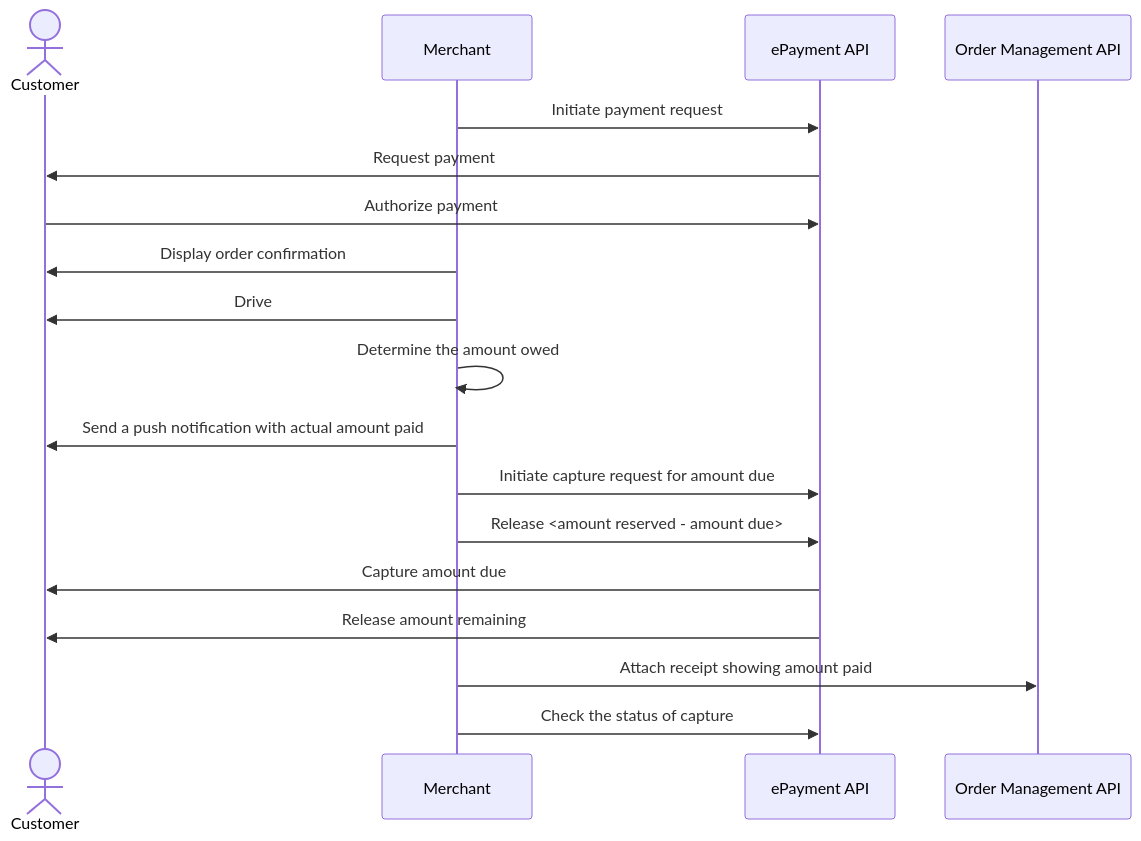
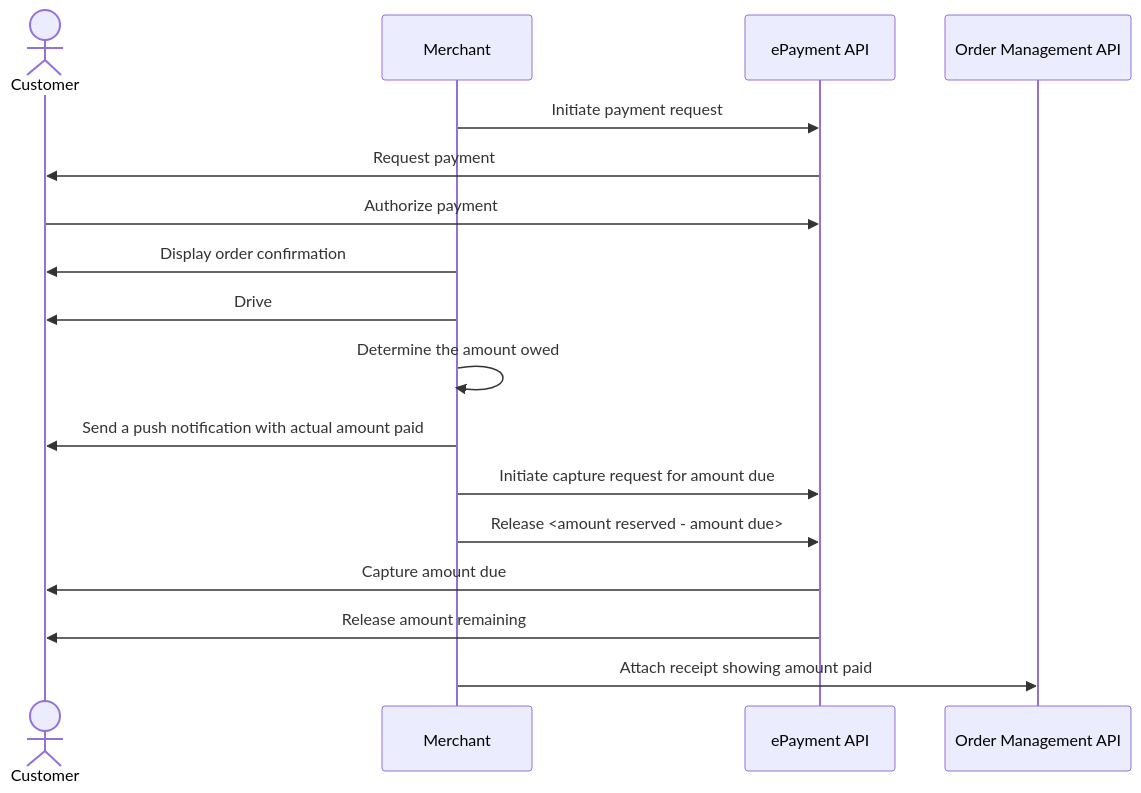
The diagram in taxi-companies/pay-through-taxi-app.md (vippsas/vipps-solutions), drawn with Mermaid before and after one commit. The commit also changed other lines of this file and 16 other files, not shown here.

````diff
--- a/taxi-companies/pay-through-taxi-app.md
+++ b/taxi-companies/pay-through-taxi-app.md
@@ -171,21 +168,20 @@
 ``` mermaid
 sequenceDiagram
     actor C as Customer
     participant M as Merchant
     participant ePayment as ePayment API
     participant ordermanagement as Order Management API
 
     M->>ePayment: Initiate payment request
     ePayment->>C: Request payment
     C->>ePayment: Authorize payment
     M->>C: Display order confirmation
     M->>C: Drive
     M->>M: Determine the amount owed
     M->>C: Send a push notification with actual amount paid
     M->>ePayment: Initiate capture request for amount due
     M->>ePayment: Release <amount reserved - amount due>
     ePayment->>C: Capture amount due
     ePayment->>C: Release amount remaining
     M->>ordermanagement: Attach receipt showing amount paid
-    M->>ePayment: Check the status of capture
 ```
````
